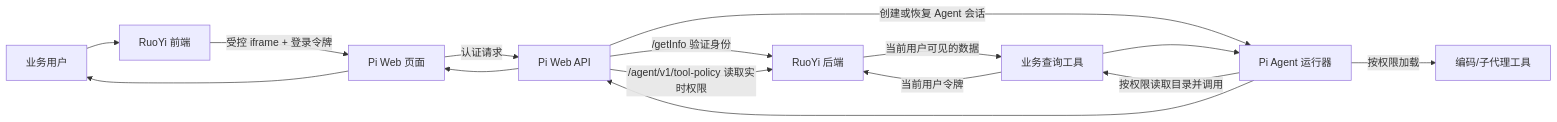
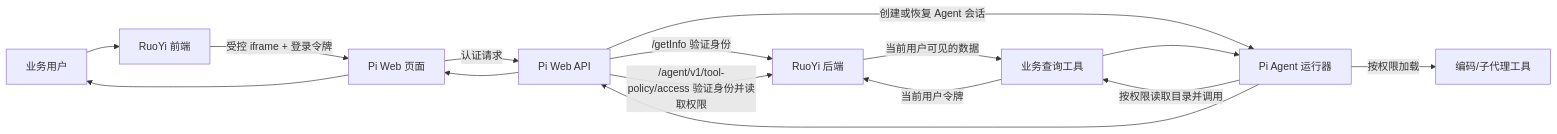
One commit to Searchld/pi-web changed the first of 5 diagrams in docs/ruoyi-pi-web-architecture.md. Above: the diagram before and after it, drawn with Mermaid. The commit also changed other lines of this file and 13 other files, not shown here.

````diff
--- a/docs/ruoyi-pi-web-architecture.md
+++ b/docs/ruoyi-pi-web-architecture.md
@@ -15,14 +15,14 @@
 ```mermaid
 flowchart LR
   U[业务用户] --> RF[RuoYi 前端]
   RF -->|受控 iframe + 登录令牌| PW[Pi Web 页面]
   PW -->|认证请求| PA[Pi Web API]
   PA -->|/getInfo 验证身份| RJ[RuoYi 后端]
-  PA -->|/agent/v1/tool-policy 读取实时权限| RJ
+  PA -->|/agent/v1/tool-policy/access 验证身份并读取权限| RJ
   PA -->|创建或恢复 Agent 会话| AR[Pi Agent 运行器]
   AR -->|按权限加载| CT[编码/子代理工具]
   AR -->|按权限读取目录并调用| BT[业务查询工具]
   BT -->|当前用户令牌| RJ
   RJ -->|当前用户可见的数据| BT
   BT --> AR --> PA --> PW --> U
 ```
````
